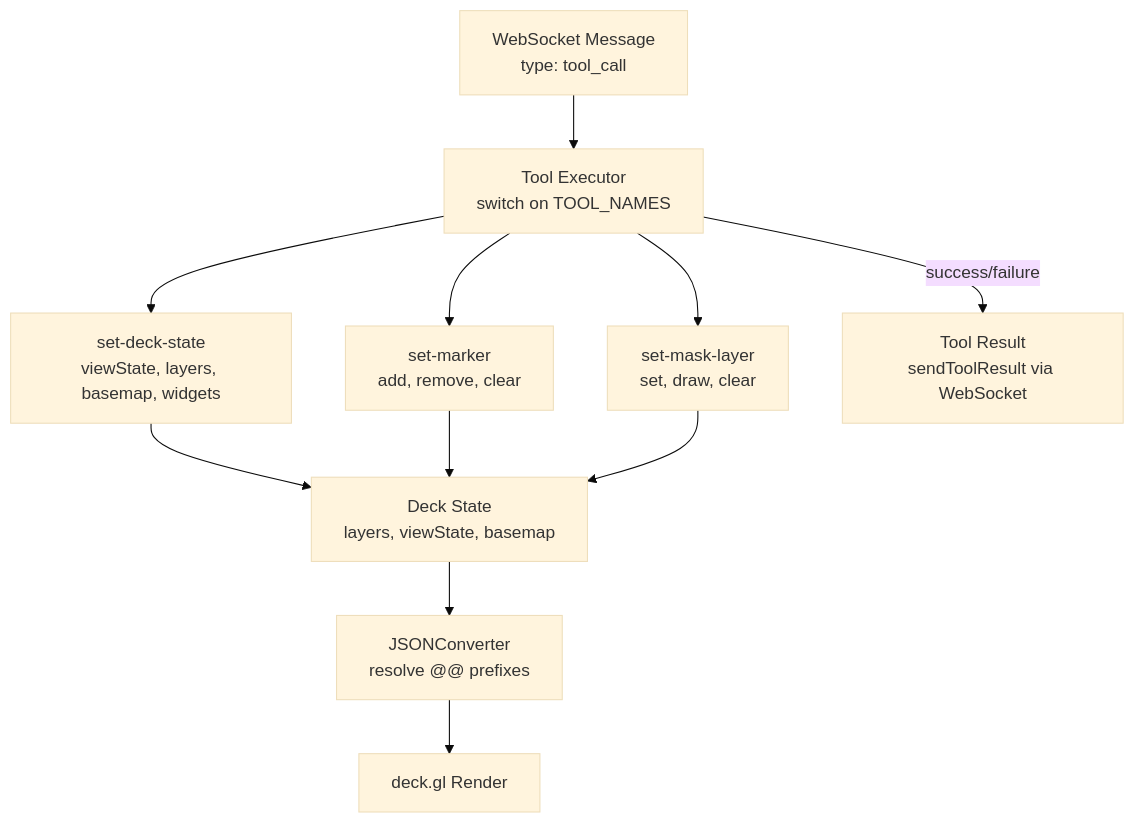
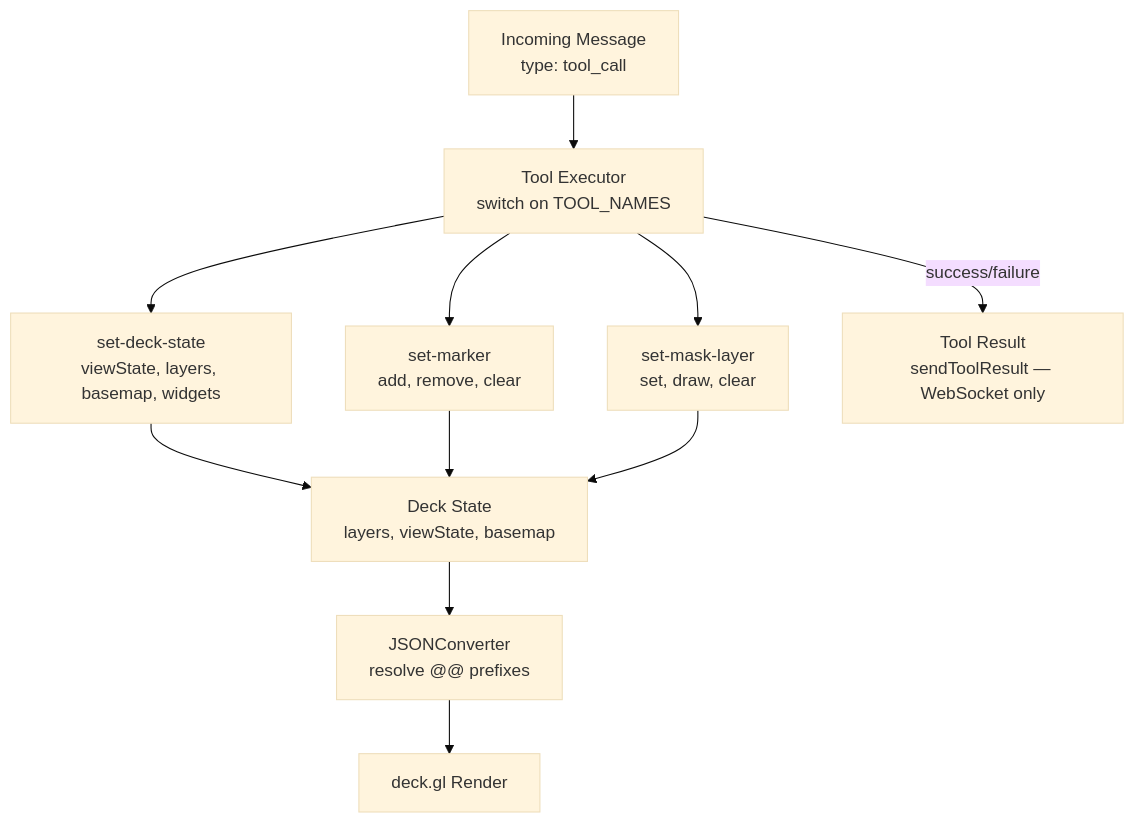
One commit to CartoDB/carto-agentic-deckgl changed the diagram in docs/LIBRARY_FRONTEND_INTEGRATION.md. Above: the diagram before and after it, drawn with Mermaid (base theme). The commit also changed other lines of this file and 3 other files, not shown here.

Commit message:
docs: update documentation to clarify transport options (WebSocket or HTTP/SSE) for tool calls and results

````diff
--- a/docs/LIBRARY_FRONTEND_INTEGRATION.md
+++ b/docs/LIBRARY_FRONTEND_INTEGRATION.md
@@ -21,16 +21,16 @@
 ```mermaid
 flowchart TD
-    WS[WebSocket Message\ntype: tool_call] --> TE[Tool Executor\nswitch on TOOL_NAMES]
+    WS[Incoming Message\ntype: tool_call] --> TE[Tool Executor\nswitch on TOOL_NAMES]
     TE --> SD[set-deck-state\nviewState, layers, basemap, widgets]
     TE --> SM[set-marker\nadd, remove, clear]
     TE --> SMK[set-mask-layer\nset, draw, clear]
 
     SD --> DS[Deck State\nlayers, viewState, basemap]
     SM --> DS
     SMK --> DS
 
     DS --> JC[JSONConverter\nresolve @@ prefixes]
     JC --> DGL[deck.gl Render]
 
-    TE -->|success/failure| TR[Tool Result\nsendToolResult via WebSocket]
+    TE -->|success/failure| TR[Tool Result\nsendToolResult — WebSocket only]
 ```
````
